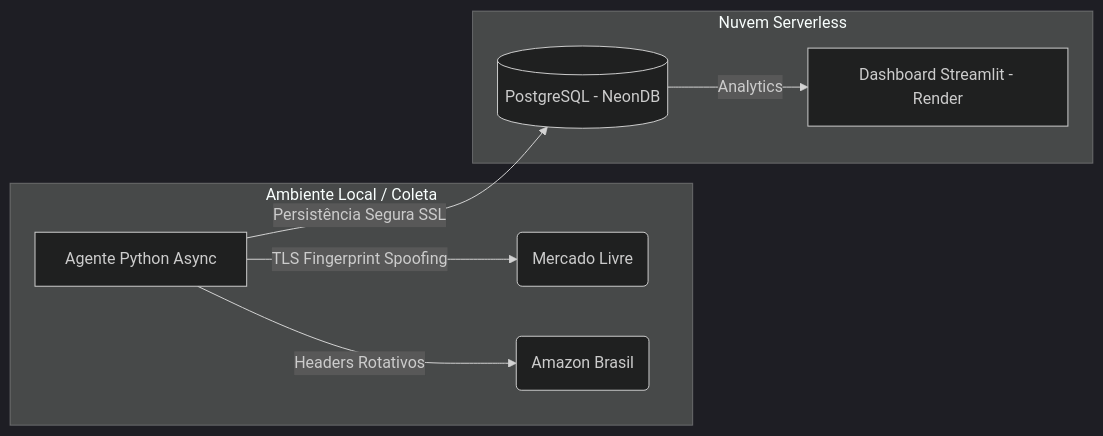
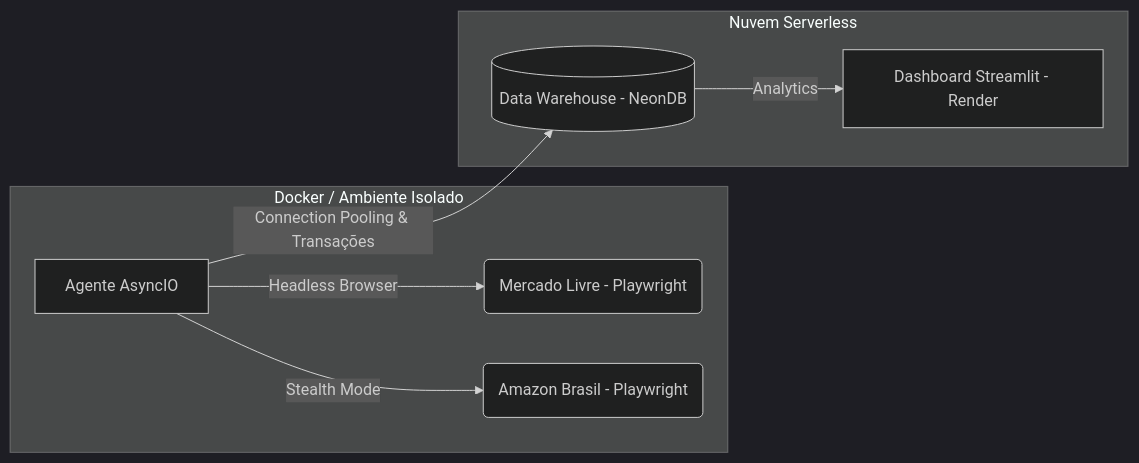
One commit to KelvinSousaDev/vigilante-de-precos changed the diagram in README.md. Above: the diagram before and after it, drawn with Mermaid (dark theme). The commit also changed other lines of this file and 4 other files, not shown here.

````diff
--- a/README.md
+++ b/README.md
@@ -28,12 +27,12 @@
 ```mermaid
 graph LR
-    subgraph Edge [Ambiente Local / Coleta]
-    A[Agente Python Async] -->|TLS Fingerprint Spoofing| B(Mercado Livre)
-    A -->|Headers Rotativos| C(Amazon Brasil)
+    subgraph Extract & Transform [Docker / Ambiente Isolado]
+    A[Agente AsyncIO] -->|Headless Browser| B(Mercado Livre - Playwright)
+    A -->|Stealth Mode| C(Amazon Brasil - Playwright)
     end
 
-    subgraph Cloud [Nuvem Serverless]
-    A -->|Persistência Segura SSL| D[(PostgreSQL - NeonDB)]
+    subgraph Load [Nuvem Serverless]
+    A -->|Connection Pooling & Transações| D[(Data Warehouse - NeonDB)]
     D -->|Analytics| E[Dashboard Streamlit - Render]
     end
 ```
````
